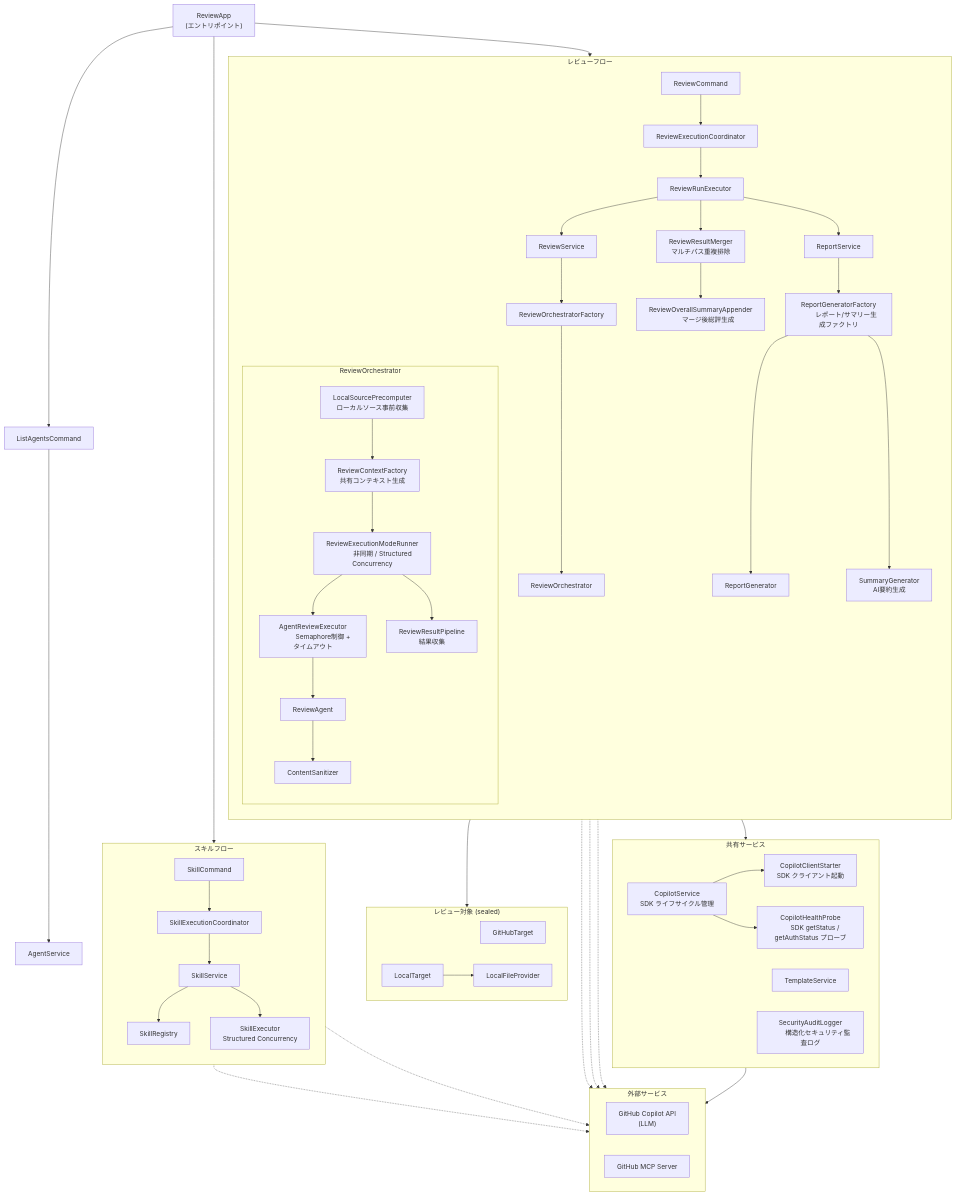
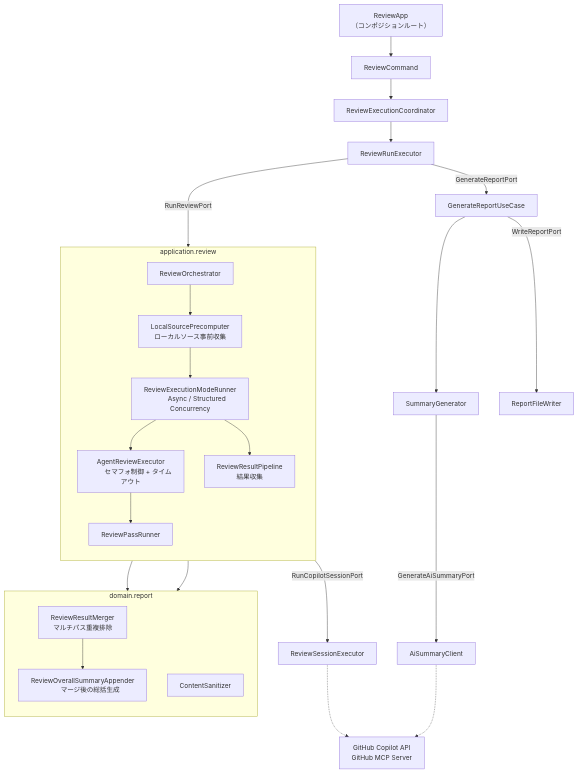
The second of 2 diagrams in README_ja.md (anishi1222/multi-agent-code-reviewer), drawn with Mermaid before and after one commit. The commit also changed other lines of this file and 22 other files, not shown here.

First line of the commit message:
docs(t16): adopt ADR-0006 as architecture of record and re-sync user-facing docs

````diff
--- a/README_ja.md
+++ b/README_ja.md
@@ -816,106 +909,45 @@
 ```mermaid
 flowchart TB
-    %% ── CLI ──
     ReviewApp["ReviewApp
-    (エントリポイント)"]
-    ReviewApp --> ReviewCommand
-    ReviewApp --> ListAgentsCommand
-    ReviewApp --> SkillCommand
+    （コンポジションルート）"] --> ReviewCommand
+    ReviewCommand --> ReviewExecutionCoordinator
+    ReviewExecutionCoordinator --> ReviewRunExecutor
 
-    %% ── レビューフロー ──
-    subgraph ReviewFlow["レビューフロー"]
+    ReviewRunExecutor -->|RunReviewPort| ReviewOrchestrator
+
+    subgraph APP["application.review"]
         direction TB
-        ReviewCommand --> ReviewExecutionCoordinator
-        ReviewExecutionCoordinator --> ReviewRunExecutor
-
-        ReviewRunExecutor --> ReviewService
-        ReviewService --> ReviewOrchestratorFactory
-        ReviewOrchestratorFactory --> ReviewOrchestrator
-
-        subgraph Orchestrator["ReviewOrchestrator"]
-            direction TB
-            LocalSourcePrecomputer["LocalSourcePrecomputer
-            ローカルソース事前収集"]
-            ReviewContextFactory["ReviewContextFactory
-            共有コンテキスト生成"]
-            ReviewExecutionModeRunner["ReviewExecutionModeRunner
-            非同期 / Structured Concurrency"]
-            AgentReviewExecutor["AgentReviewExecutor
-            Semaphore制御 + タイムアウト"]
-            ReviewResultPipeline["ReviewResultPipeline
-            結果収集"]
-
-            LocalSourcePrecomputer --> ReviewContextFactory
-            ReviewContextFactory --> ReviewExecutionModeRunner
-            ReviewExecutionModeRunner --> AgentReviewExecutor
-            AgentReviewExecutor --> ReviewAgent
-            ReviewAgent --> ContentSanitizer
-            ReviewExecutionModeRunner --> ReviewResultPipeline
-        end
-
-        ReviewRunExecutor --> ReviewResultMerger["ReviewResultMerger
-        マルチパス重複排除"]
-        ReviewResultMerger --> ReviewOverallSummaryAppender["ReviewOverallSummaryAppender
-        マージ後総評生成"]
-        ReviewRunExecutor --> ReportService
-        ReportService --> ReportGeneratorFactory["ReportGeneratorFactory
-        レポート/サマリー生成ファクトリ"]
-        ReportGeneratorFactory --> ReportGenerator
-        ReportGeneratorFactory --> SummaryGenerator["SummaryGenerator
-        AI要約生成"]
+        ReviewOrchestrator --> LocalSourcePrecomputer["LocalSourcePrecomputer
+        ローカルソース事前収集"]
+        LocalSourcePrecomputer --> ReviewExecutionModeRunner["ReviewExecutionModeRunner
+        Async / Structured Concurrency"]
+        ReviewExecutionModeRunner --> AgentReviewExecutor["AgentReviewExecutor
+        セマフォ制御 + タイムアウト"]
+        AgentReviewExecutor --> ReviewPassRunner
+        ReviewExecutionModeRunner --> ReviewResultPipeline["ReviewResultPipeline
+        結果収集"]
     end
 
-    %% ── 一覧フロー ──
-    ListAgentsCommand --> AgentService
-
-    %% ── スキルフロー ──
-    subgraph SkillFlow["スキルフロー"]
+    subgraph DOM["domain.report"]
         direction TB
-        SkillCommand --> SkillExecutionCoordinator
-        SkillExecutionCoordinator --> SkillService
-        SkillService --> SkillRegistry
-        SkillService --> SkillExecutor["SkillExecutor
-        Structured Concurrency"]
+        ReviewResultMerger["ReviewResultMerger
+        マルチパス重複排除"]
+        ReviewOverallSummaryAppender["ReviewOverallSummaryAppender
+        マージ後の総括生成"]
+        ContentSanitizer
     end
 
-    %% ── レビュー対象 ──
-    subgraph Target["レビュー対象 (sealed)"]
-        direction LR
-        GitHubTarget
-        LocalTarget --> LocalFileProvider
-    end
-    ReviewService --> Target
+    ReviewPassRunner -->|RunCopilotSessionPort| ReviewSessionExecutor
+    ReviewPassRunner --> ContentSanitizer
+    ReviewResultPipeline --> ReviewResultMerger
+    ReviewResultMerger --> ReviewOverallSummaryAppender
 
-    %% ── 共有サービス ──
-    subgraph Shared["共有サービス"]
-        direction LR
-        CopilotService["CopilotService
-        SDK ライフサイクル管理"]
-      CopilotClientStarter["CopilotClientStarter
-      SDK クライアント起動"]
-      CopilotHealthProbe["CopilotHealthProbe
-      SDK getStatus / getAuthStatus プローブ"]
-        TemplateService
-        SecurityAuditLogger["SecurityAuditLogger
-        構造化セキュリティ監査ログ"]
-    end
+    ReviewRunExecutor -->|GenerateReportPort| GenerateReportUseCase
+    GenerateReportUseCase --> SummaryGenerator
+    GenerateReportUseCase -->|WriteReportPort| ReportFileWriter
+    SummaryGenerator -->|GenerateAiSummaryPort| AiSummaryClient
 
-    ReviewExecutionCoordinator --> CopilotService
-    CopilotService --> CopilotClientStarter
-    CopilotService --> CopilotHealthProbe
-
-    %% ── 外部サービス ──
-    subgraph External["外部サービス"]
-        direction LR
-        CopilotAPI["GitHub Copilot API
-        (LLM)"]
-        GitHubMCP["GitHub MCP Server"]
-    end
-
-    CopilotService --> CopilotAPI
-    ReviewAgent -.-> CopilotAPI
-    ReviewAgent -.-> GitHubMCP
-    SkillExecutor -.-> CopilotAPI
-    SkillExecutor -.-> GitHubMCP
-    SummaryGenerator -.-> CopilotAPI
+    ReviewSessionExecutor -.-> Ext["GitHub Copilot API
+    GitHub MCP Server"]
+    AiSummaryClient -.-> Ext
 ```
````
